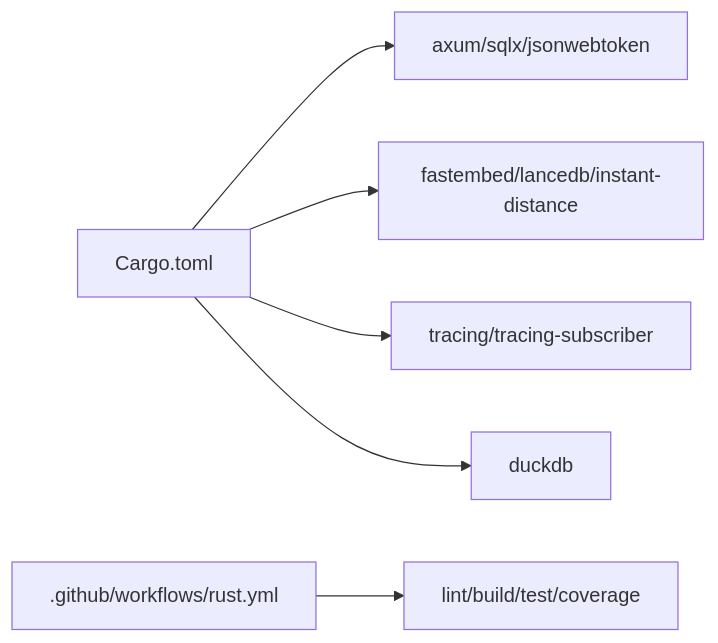
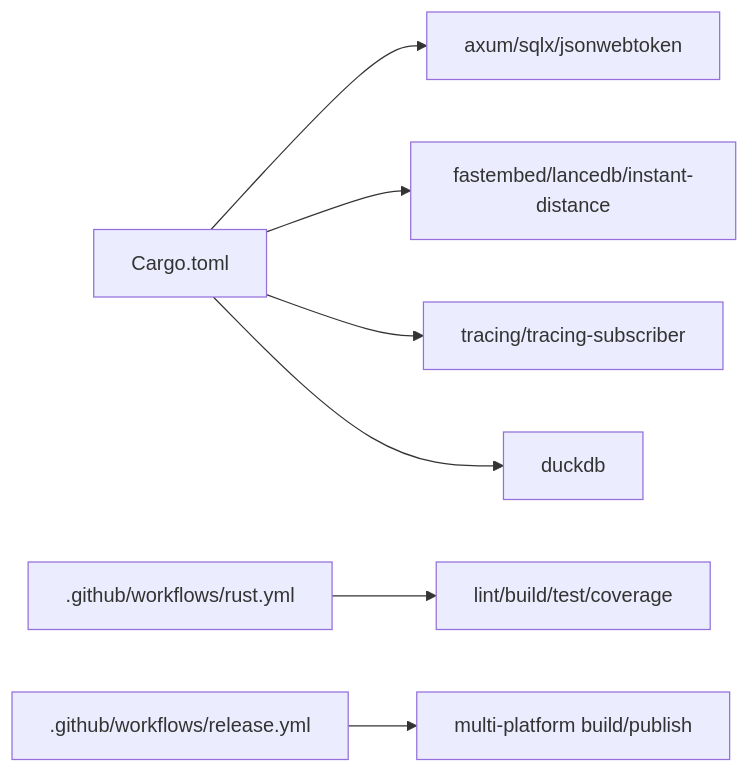
One commit to runningcoders/ai_orz changed the sixth of 7 diagrams in .qoder/repowiki/zh/content/配置与部署.md. Above: the diagram before and after it, drawn with Mermaid. The commit also changed other lines of this file and 360 other files, not shown here.

````diff
--- a/.qoder/repowiki/zh/content/配置与部署.md
+++ b/.qoder/repowiki/zh/content/配置与部署.md
@@ -284,8 +340,9 @@
 ```mermaid
 graph LR
 A["Cargo.toml"] --> B["axum/sqlx/jsonwebtoken"]
 A --> C["fastembed/lancedb/instant-distance"]
 A --> D["tracing/tracing-subscriber"]
 A --> E["duckdb"]
 F[".github/workflows/rust.yml"] --> G["lint/build/test/coverage"]
+H[".github/workflows/release.yml"] --> I["multi-platform build/publish"]
 ```
````
